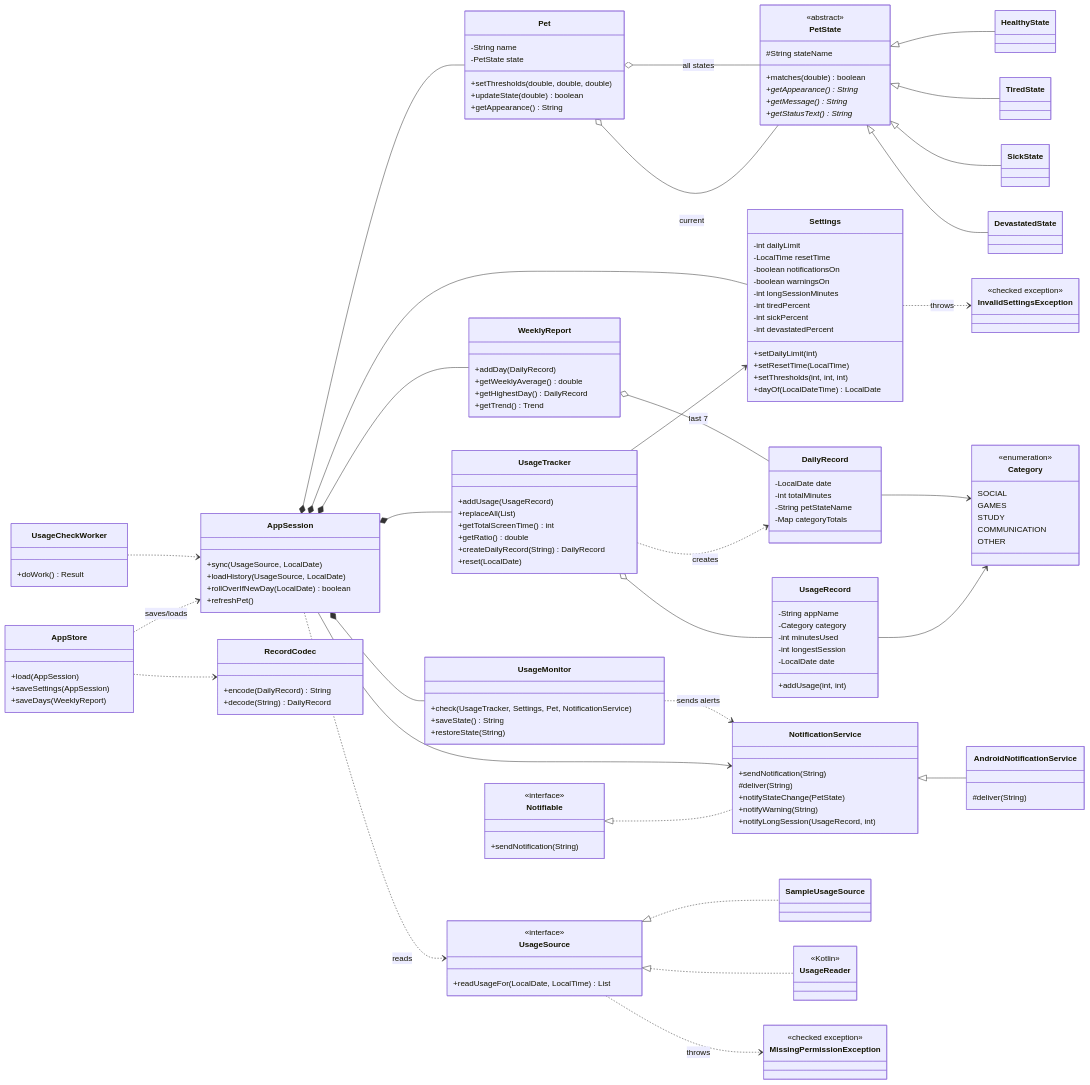
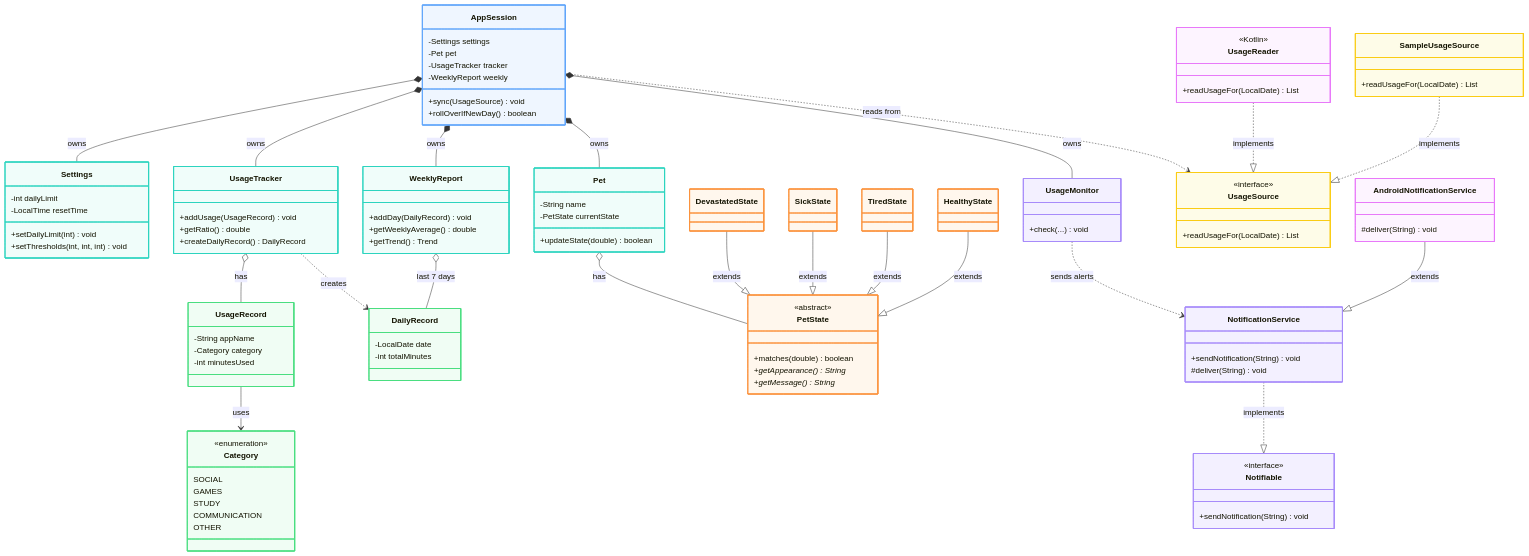
One commit to 25-04942/LOSER-OOP-Final_Project changed the diagram in docs/uml-classes.mmd. Above: the diagram before and after it, drawn with Mermaid.

```diff
--- a/docs/uml-classes.mmd
+++ b/docs/uml-classes.mmd
@@ -1,158 +1,130 @@
 classDiagram
-direction LR
+    direction TB
 
-class UsageRecord {
-  -String appName
-  -Category category
-  -int minutesUsed
-  -int longestSession
-  -LocalDate date
-  +addUsage(int, int)
-}
-class DailyRecord {
-  -LocalDate date
-  -int totalMinutes
-  -String petStateName
-  -Map categoryTotals
-}
-class Category {
-  <<enumeration>>
-  SOCIAL
-  GAMES
-  STUDY
-  COMMUNICATION
-  OTHER
-}
-class Settings {
-  -int dailyLimit
-  -LocalTime resetTime
-  -boolean notificationsOn
-  -boolean warningsOn
-  -int longSessionMinutes
-  -int tiredPercent
-  -int sickPercent
-  -int devastatedPercent
-  +setDailyLimit(int)
-  +setResetTime(LocalTime)
-  +setThresholds(int, int, int)
-  +dayOf(LocalDateTime) LocalDate
-}
-class UsageTracker {
-  +addUsage(UsageRecord)
-  +replaceAll(List)
-  +getTotalScreenTime() int
-  +getRatio() double
-  +createDailyRecord(String) DailyRecord
-  +reset(LocalDate)
-}
-class WeeklyReport {
-  +addDay(DailyRecord)
-  +getWeeklyAverage() double
-  +getHighestDay() DailyRecord
-  +getTrend() Trend
-}
-class Pet {
-  -String name
-  -PetState state
-  +setThresholds(double, double, double)
-  +updateState(double) boolean
-  +getAppearance() String
-}
-class PetState {
-  <<abstract>>
-  #String stateName
-  +matches(double) boolean
-  +getAppearance()* String
-  +getMessage()* String
-  +getStatusText()* String
-}
-class HealthyState
-class TiredState
-class SickState
-class DevastatedState
+    class AppSession {
+        -Settings settings
+        -Pet pet
+        -UsageTracker tracker
+        -WeeklyReport weekly
+        +sync(UsageSource) void
+        +rollOverIfNewDay() boolean
+    }
+    class Settings {
+        -int dailyLimit
+        -LocalTime resetTime
+        +setDailyLimit(int) void
+        +setThresholds(int, int, int) void
+    }
+    class UsageTracker {
+        +addUsage(UsageRecord) void
+        +getRatio() double
+        +createDailyRecord() DailyRecord
+    }
+    class WeeklyReport {
+        +addDay(DailyRecord) void
+        +getWeeklyAverage() double
+        +getTrend() Trend
+    }
+    class Pet {
+        -String name
+        -PetState currentState
+        +updateState(double) boolean
+    }
+    class UsageRecord {
+        -String appName
+        -Category category
+        -int minutesUsed
+    }
+    class DailyRecord {
+        -LocalDate date
+        -int totalMinutes
+    }
+    class Category {
+        <<enumeration>>
+        SOCIAL
+        GAMES
+        STUDY
+        COMMUNICATION
+        OTHER
+    }
+    class PetState {
+        <<abstract>>
+        +matches(double) boolean
+        +getAppearance()* String
+        +getMessage()* String
+    }
+    class HealthyState {
+    }
+    class TiredState {
+    }
+    class SickState {
+    }
+    class DevastatedState {
+    }
+    class Notifiable {
+        <<interface>>
+        +sendNotification(String) void
+    }
+    class NotificationService {
+        +sendNotification(String) void
+        #deliver(String) void
+    }
+    class UsageMonitor {
+        +check(...) void
+    }
+    class UsageSource {
+        <<interface>>
+        +readUsageFor(LocalDate) List
+    }
+    class SampleUsageSource {
+        +readUsageFor(LocalDate) List
+    }
+    class UsageReader {
+        <<Kotlin>>
+        +readUsageFor(LocalDate) List
+    }
+    class AndroidNotificationService {
+        #deliver(String) void
+    }
 
-class Notifiable {
-  <<interface>>
-  +sendNotification(String)
-}
-class NotificationService {
-  +sendNotification(String)
-  #deliver(String)
-  +notifyStateChange(PetState)
-  +notifyWarning(String)
-  +notifyLongSession(UsageRecord, int)
-}
-class AndroidNotificationService {
-  #deliver(String)
-}
-class UsageMonitor {
-  +check(UsageTracker, Settings, Pet, NotificationService)
-  +saveState() String
-  +restoreState(String)
-}
+    HealthyState --|> PetState : extends
+    TiredState --|> PetState : extends
+    SickState --|> PetState : extends
+    DevastatedState --|> PetState : extends
+    AndroidNotificationService --|> NotificationService : extends
+    NotificationService ..|> Notifiable : implements
+    SampleUsageSource ..|> UsageSource : implements
+    UsageReader ..|> UsageSource : implements
+    AppSession *-- Settings : owns
+    AppSession *-- Pet : owns
+    AppSession *-- UsageTracker : owns
+    AppSession *-- WeeklyReport : owns
+    AppSession *-- UsageMonitor : owns
+    Pet o-- PetState : has
+    UsageTracker o-- UsageRecord : has
+    WeeklyReport o-- DailyRecord : last 7 days
+    UsageRecord --> Category : uses
+    UsageTracker ..> DailyRecord : creates
+    AppSession ..> UsageSource : reads from
+    UsageMonitor ..> NotificationService : sends alerts
 
-class UsageSource {
-  <<interface>>
-  +readUsageFor(LocalDate, LocalTime) List
-}
-class SampleUsageSource
-class UsageReader {
-  <<Kotlin>>
-}
-class AppSession {
-  +sync(UsageSource, LocalDate)
-  +loadHistory(UsageSource, LocalDate)
-  +rollOverIfNewDay(LocalDate) boolean
-  +refreshPet()
-}
-class RecordCodec {
-  +encode(DailyRecord) String
-  +decode(String) DailyRecord
-}
-class AppStore {
-  +load(AppSession)
-  +saveSettings(AppSession)
-  +saveDays(WeeklyReport)
-}
-class UsageCheckWorker {
-  +doWork() Result
-}
-class InvalidSettingsException {
-  <<checked exception>>
-}
-class MissingPermissionException {
-  <<checked exception>>
-}
-
-PetState <|-- HealthyState
-PetState <|-- TiredState
-PetState <|-- SickState
-PetState <|-- DevastatedState
-Notifiable <|.. NotificationService
-NotificationService <|-- AndroidNotificationService
-UsageSource <|.. SampleUsageSource
-UsageSource <|.. UsageReader
-
-Pet o-- PetState : current
-Pet o-- PetState : all states
-UsageTracker o-- UsageRecord
-UsageTracker ..> DailyRecord : creates
-UsageTracker --> Settings
-UsageRecord --> Category
-DailyRecord --> Category
-WeeklyReport o-- DailyRecord : last 7
-
-AppSession *-- Settings
-AppSession *-- Pet
-AppSession *-- UsageTracker
-AppSession *-- WeeklyReport
-AppSession *-- UsageMonitor
-AppSession --> NotificationService
-AppSession ..> UsageSource : reads
-UsageMonitor ..> NotificationService : sends alerts
-
-AppStore ..> AppSession : saves/loads
-AppStore ..> RecordCodec
-UsageCheckWorker ..> AppSession
-Settings ..> InvalidSettingsException : throws
-UsageSource ..> MissingPermissionException : throws
+    style AppSession fill:#EFF6FF,stroke:#60A5FA,stroke-width:2px
+    style Settings fill:#F0FDFA,stroke:#2DD4BF,stroke-width:2px
+    style UsageTracker fill:#F0FDFA,stroke:#2DD4BF,stroke-width:2px
+    style WeeklyReport fill:#F0FDFA,stroke:#2DD4BF,stroke-width:2px
+    style Pet fill:#F0FDFA,stroke:#2DD4BF,stroke-width:2px
+    style UsageRecord fill:#F0FDF4,stroke:#4ADE80,stroke-width:2px
+    style DailyRecord fill:#F0FDF4,stroke:#4ADE80,stroke-width:2px
+    style Category fill:#F0FDF4,stroke:#4ADE80,stroke-width:2px
+    style PetState fill:#FFF7ED,stroke:#FB923C,stroke-width:2px
+    style HealthyState fill:#FFF7ED,stroke:#FB923C,stroke-width:2px
+    style TiredState fill:#FFF7ED,stroke:#FB923C,stroke-width:2px
+    style SickState fill:#FFF7ED,stroke:#FB923C,stroke-width:2px
+    style DevastatedState fill:#FFF7ED,stroke:#FB923C,stroke-width:2px
+    style Notifiable fill:#F3F0FF,stroke:#A78BFA,stroke-width:2px
+    style NotificationService fill:#F3F0FF,stroke:#A78BFA,stroke-width:2px
+    style UsageMonitor fill:#F3F0FF,stroke:#A78BFA,stroke-width:2px
+    style UsageSource fill:#FEFCE8,stroke:#FACC15,stroke-width:2px
+    style SampleUsageSource fill:#FEFCE8,stroke:#FACC15,stroke-width:2px
+    style UsageReader fill:#FDF4FF,stroke:#E879F9,stroke-width:2px
+    style AndroidNotificationService fill:#FDF4FF,stroke:#E879F9,stroke-width:2px
```
